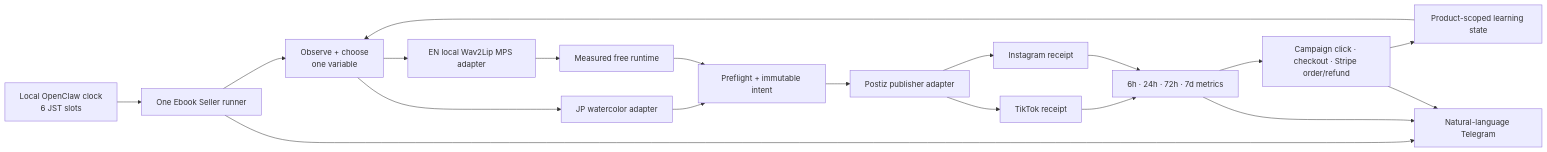
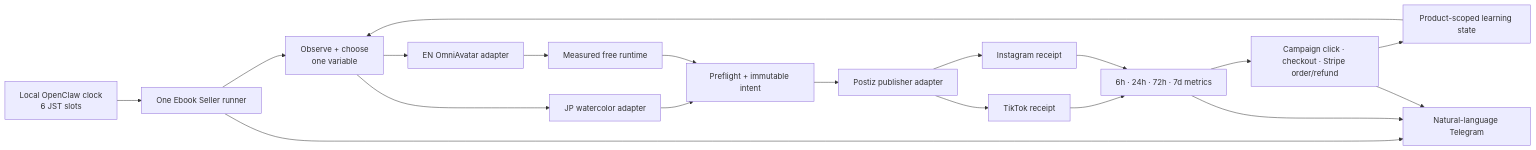
Before and after one commit to Daisuke134/anicca: the first of 3 diagrams in specs/28-EBOOK-SELLER-DUAL-MONK-LOOPS.md, drawn with Mermaid. The commit also changed other lines of this file and 7 other files, not shown here.

````diff
--- a/specs/28-EBOOK-SELLER-DUAL-MONK-LOOPS.md
+++ b/specs/28-EBOOK-SELLER-DUAL-MONK-LOOPS.md
@@ -69,21 +69,21 @@
 ```mermaid
 flowchart LR
     Clock[Local OpenClaw clock\n6 JST slots] --> Runner[One Ebook Seller runner]
     Runner --> Decide[Observe + choose\none variable]
     Decide --> JP[JP watercolor adapter]
-    Decide --> EN[EN local Wav2Lip MPS adapter]
+    Decide --> EN[EN OmniAvatar adapter]
     JP --> Guard[Preflight + immutable intent]
     EN --> Free[Measured free runtime]
     Free --> Guard
     Guard --> Postiz[Postiz publisher adapter]
     Postiz --> TT[TikTok receipt]
     Postiz --> IG[Instagram receipt]
     TT --> Metrics[6h · 24h · 72h · 7d metrics]
     IG --> Metrics
     Metrics --> Funnel[Campaign click · checkout · Stripe order/refund]
     Funnel --> Learn[Product-scoped learning state]
     Learn --> Decide
     Runner --> Telegram[Natural-language Telegram]
     Metrics --> Telegram
     Funnel --> Telegram
 ```
````
